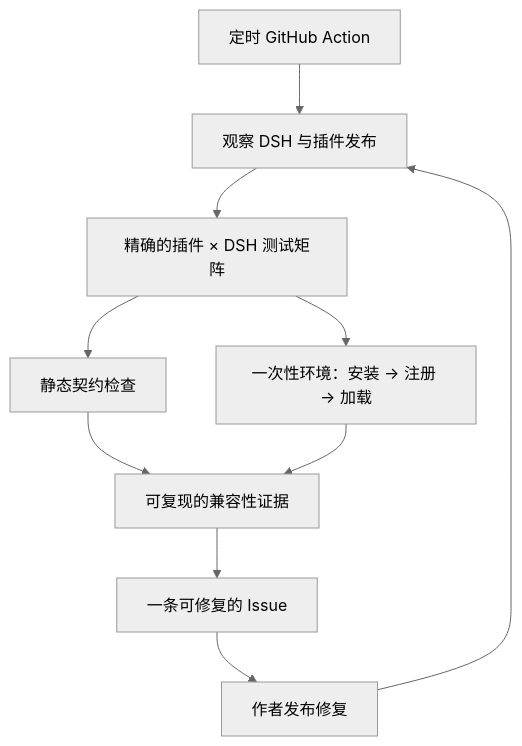
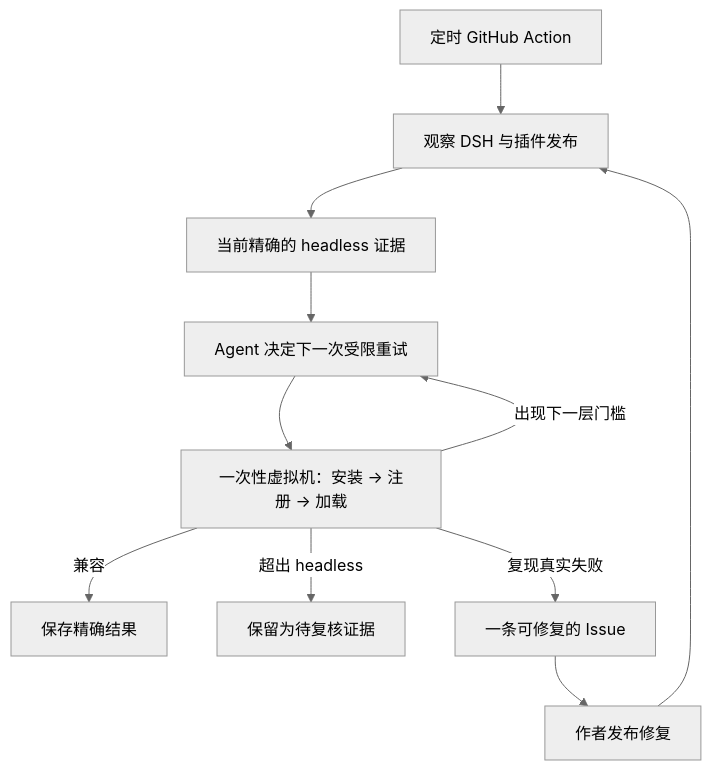
Before and after one commit to MicroMilo/upstream-radar: the diagram in README.zh-CN.md, drawn with Mermaid (neutral theme). The commit also changed other lines of this file and 30 other files, not shown here.

````diff
--- a/README.zh-CN.md
+++ b/README.zh-CN.md
@@ -38,12 +41,13 @@
 ```mermaid
 flowchart TB
   Schedule["定时 GitHub Action"] --> Watch["观察 DSH 与插件发布"]
-  Watch --> Matrix["精确的插件 × DSH 测试矩阵"]
-  Matrix --> Static["静态契约检查"]
-  Matrix --> Runtime["一次性环境：安装 → 注册 → 加载"]
-  Static --> Evidence["可复现的兼容性证据"]
-  Runtime --> Evidence
-  Evidence --> Issue["一条可修复的 Issue"]
+  Watch --> Evidence["当前精确的 headless 证据"]
+  Evidence --> Agent["Agent 决定下一次受限重试"]
+  Agent --> Runtime["一次性虚拟机：安装 → 注册 → 加载"]
+  Runtime -->|"出现下一层门槛"| Agent
+  Runtime -->|"兼容"| Ledger["保存精确结果"]
+  Runtime -->|"超出 headless"| Hold["保留为待复核证据"]
+  Runtime -->|"复现真实失败"| Issue["一条可修复的 Issue"]
   Issue --> Fix["作者发布修复"]
   Fix --> Watch
 ```
````
